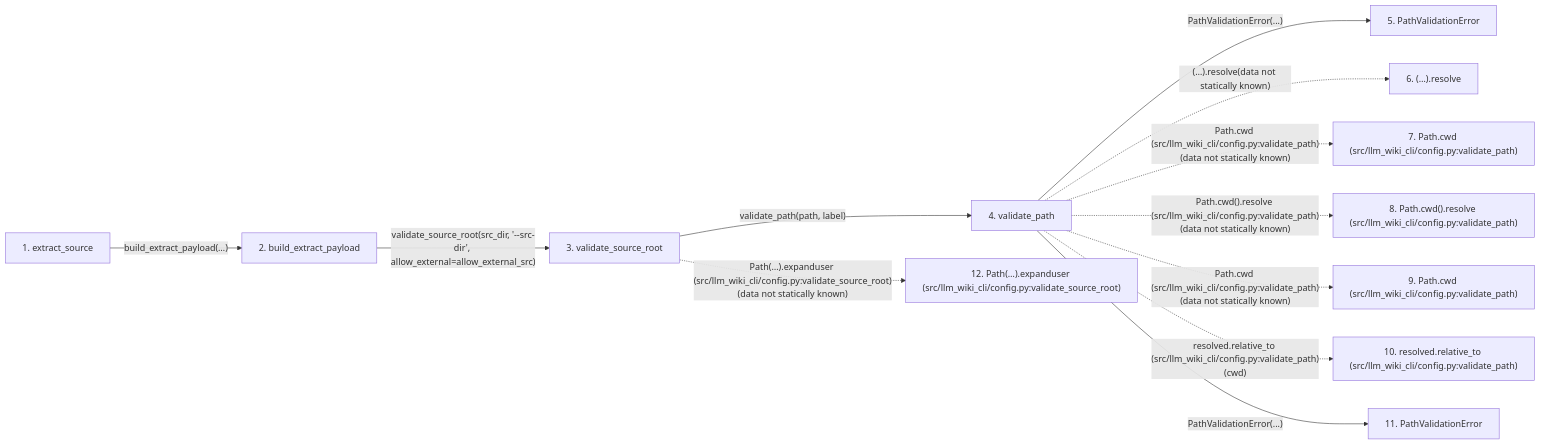
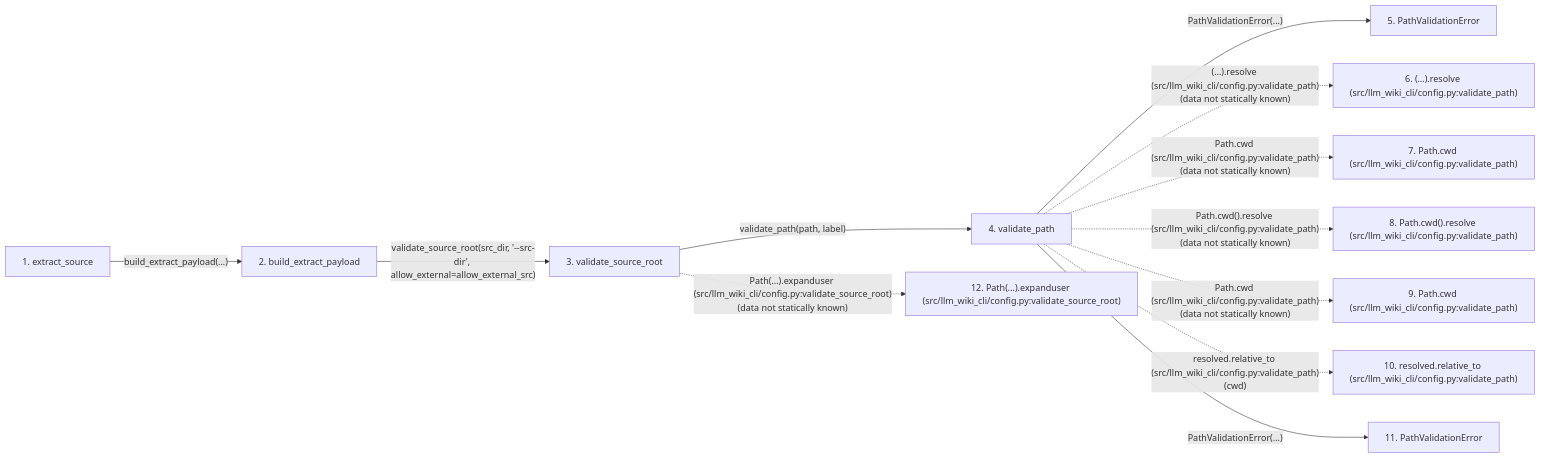
Before and after one commit to Denissvgn/python-wiki-llm: the second of 2 diagrams in docs/llm_wiki/flows/api-extract_source.md, drawn with Mermaid. The commit also changed other lines of this file and 334 other files, not shown here.

````diff
--- a/docs/llm_wiki/flows/api-extract_source.md
+++ b/docs/llm_wiki/flows/api-extract_source.md
@@ -166,32 +166,32 @@
 ```mermaid
 flowchart LR
     s1["1. extract_source"]
     s2["2. build_extract_payload"]
     s3["3. validate_source_root"]
     s4["4. validate_path"]
     s5["5. PathValidationError"]
-    s6["6. (…).resolve"]
+    s6["6. (…).resolve (src/llm_wiki_cli/config.py:validate_path)"]
     s7["7. Path.cwd (src/llm_wiki_cli/config.py:validate_path)"]
     s8["8. Path.cwd().resolve (src/llm_wiki_cli/config.py:validate_path)"]
     s9["9. Path.cwd (src/llm_wiki_cli/config.py:validate_path)"]
     s10["10. resolved.relative_to (src/llm_wiki_cli/config.py:validate_path)"]
     s11["11. PathValidationError"]
     s12["12. Path(…).expanduser (src/llm_wiki_cli/config.py:validate_source_root)"]
     s1 -->|"build_extract_payload(…)"| s2
     s2 -->|"validate_source_root(src_dir, '--src-dir', allow_external=allow_external_src)"| s3
     s3 -->|"validate_path(path, label)"| s4
     s4 -->|"PathValidationError(...)"| s5
-    s4 -. "(…).resolve(data not statically known)" .-> s6
+    s4 -. "(…).resolve (src/llm_wiki_cli/config.py:validate_path)(data not statically known)" .-> s6
     s4 -. "Path.cwd (src/llm_wiki_cli/config.py:validate_path)(data not statically known)" .-> s7
     s4 -. "Path.cwd().resolve (src/llm_wiki_cli/config.py:validate_path)(data not statically known)" .-> s8
     s4 -. "Path.cwd (src/llm_wiki_cli/config.py:validate_path)(data not statically known)" .-> s9
     s4 -. "resolved.relative_to (src/llm_wiki_cli/config.py:validate_path)(cwd)" .-> s10
     s4 -->|"PathValidationError(...)"| s11
     s3 -. "Path(…).expanduser (src/llm_wiki_cli/config.py:validate_source_root)(data not statically known)" .-> s12
     click s1 "../modules/api.md"
     click s2 "../modules/extraction_service.md"
     click s3 "../modules/config.md"
     click s4 "../modules/config.md"
     click s5 "../modules/config.md"
     click s11 "../modules/config.md"
 ```
````
